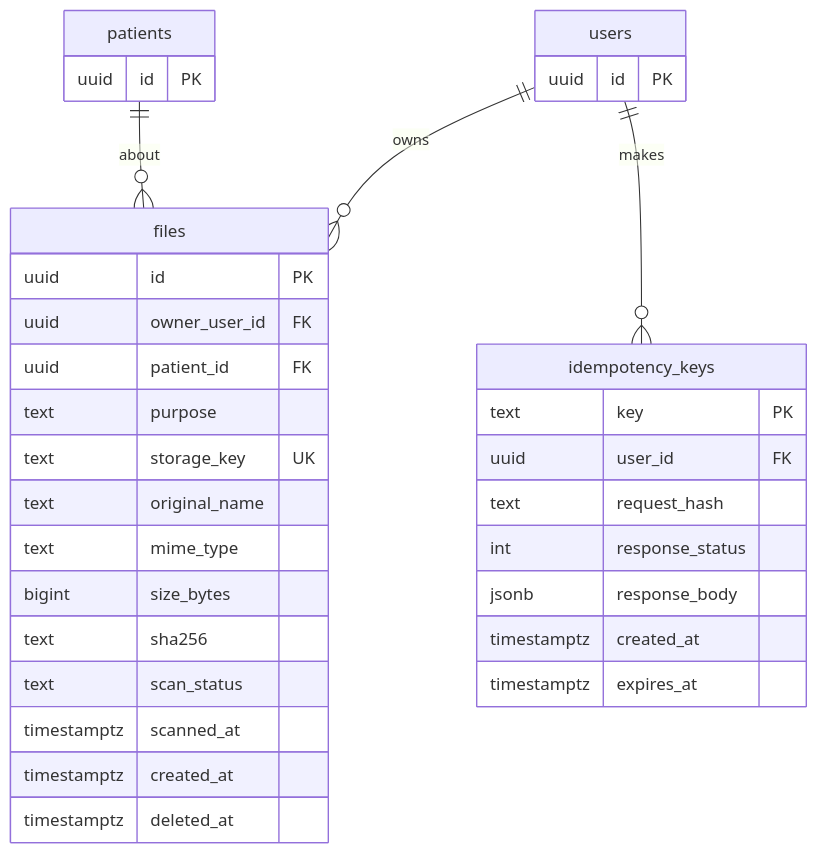
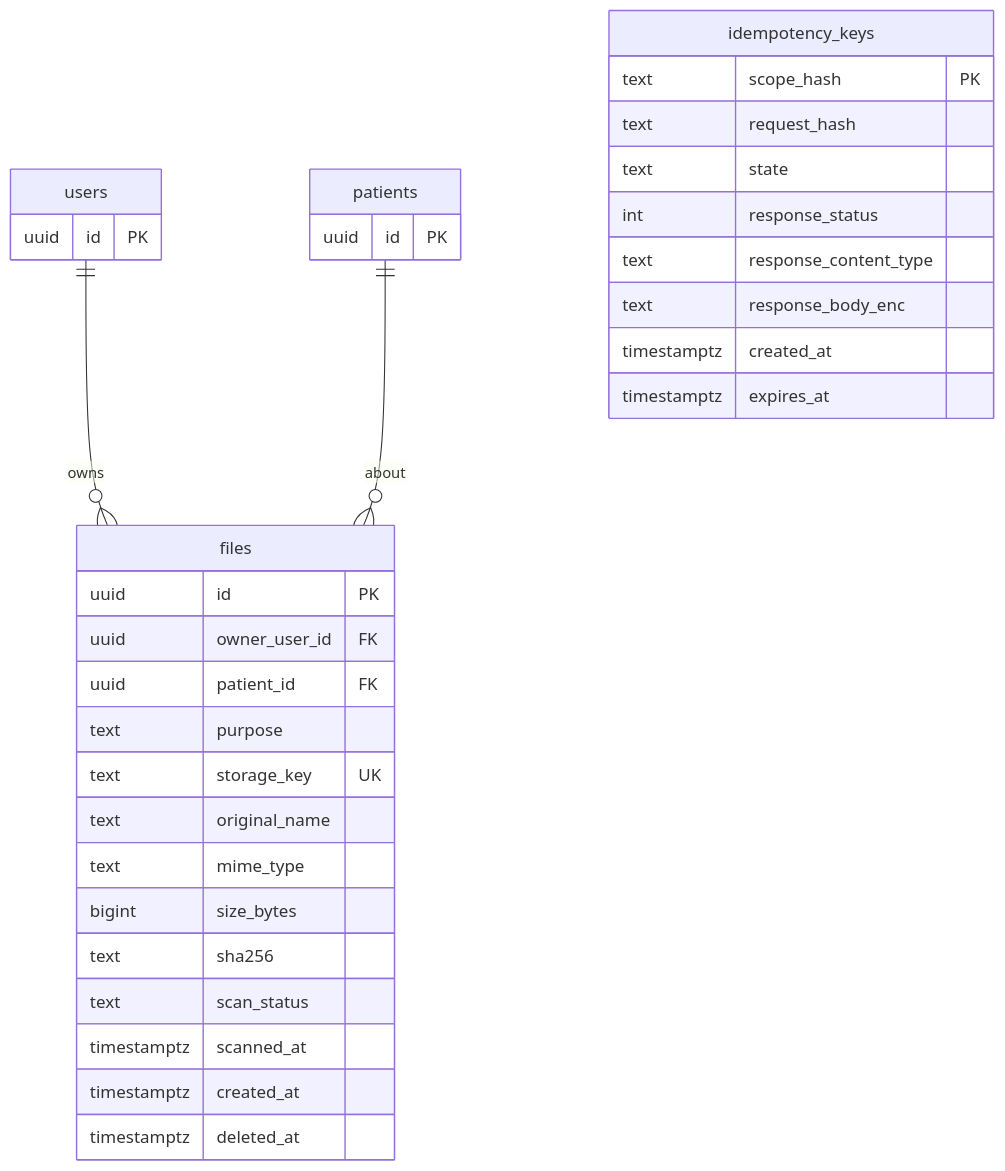
Before and after one commit to asitshastri/ViniCure: the seventh of 7 diagrams in docs/er_model.md, drawn with Mermaid. The commit also changed other lines of this file and 3 other files, not shown here.

````diff
--- a/docs/er_model.md
+++ b/docs/er_model.md
@@ -709,36 +709,36 @@
 ```mermaid
 erDiagram
   users ||--o{ files : owns
   patients ||--o{ files : "about"
-  users ||--o{ idempotency_keys : makes
   users {
     uuid id PK
   }
   patients {
     uuid id PK
   }
   files {
     uuid id PK
     uuid owner_user_id FK
     uuid patient_id FK
     text purpose
     text storage_key UK
     text original_name
     text mime_type
     bigint size_bytes
     text sha256
     text scan_status
     timestamptz scanned_at
     timestamptz created_at
     timestamptz deleted_at
   }
   idempotency_keys {
-    text key PK
-    uuid user_id FK
+    text scope_hash PK
     text request_hash
+    text state
     int response_status
-    jsonb response_body
+    text response_content_type
+    text response_body_enc
     timestamptz created_at
     timestamptz expires_at
   }
 ```
````
